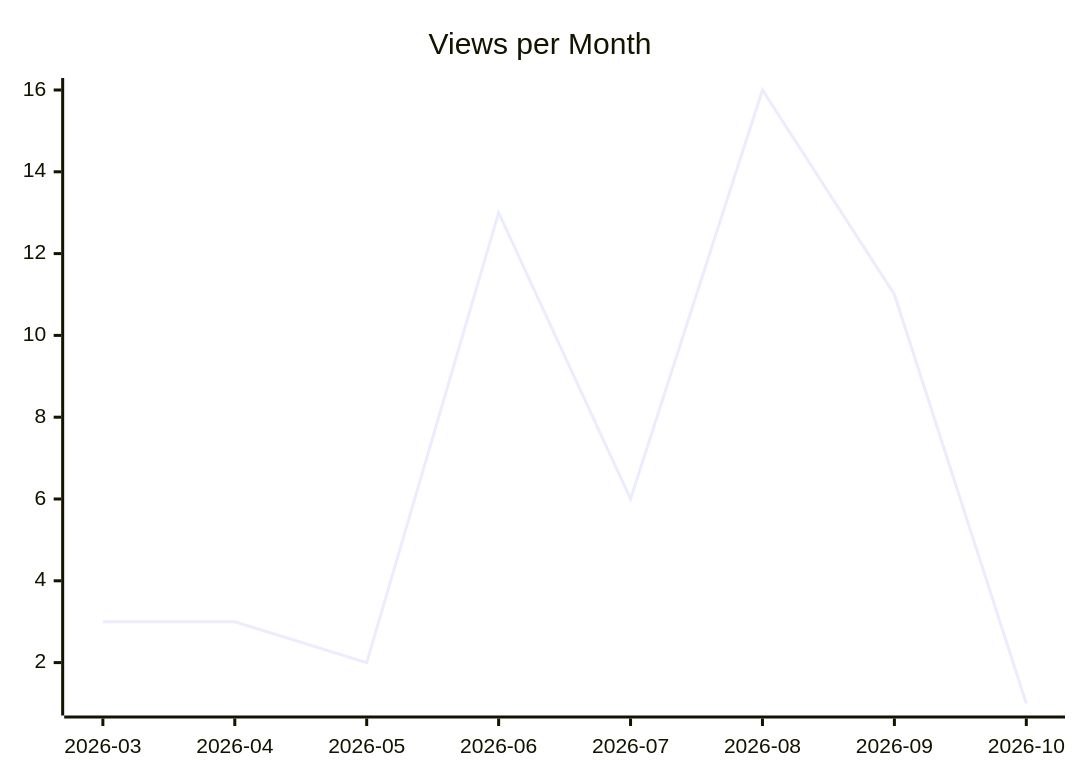
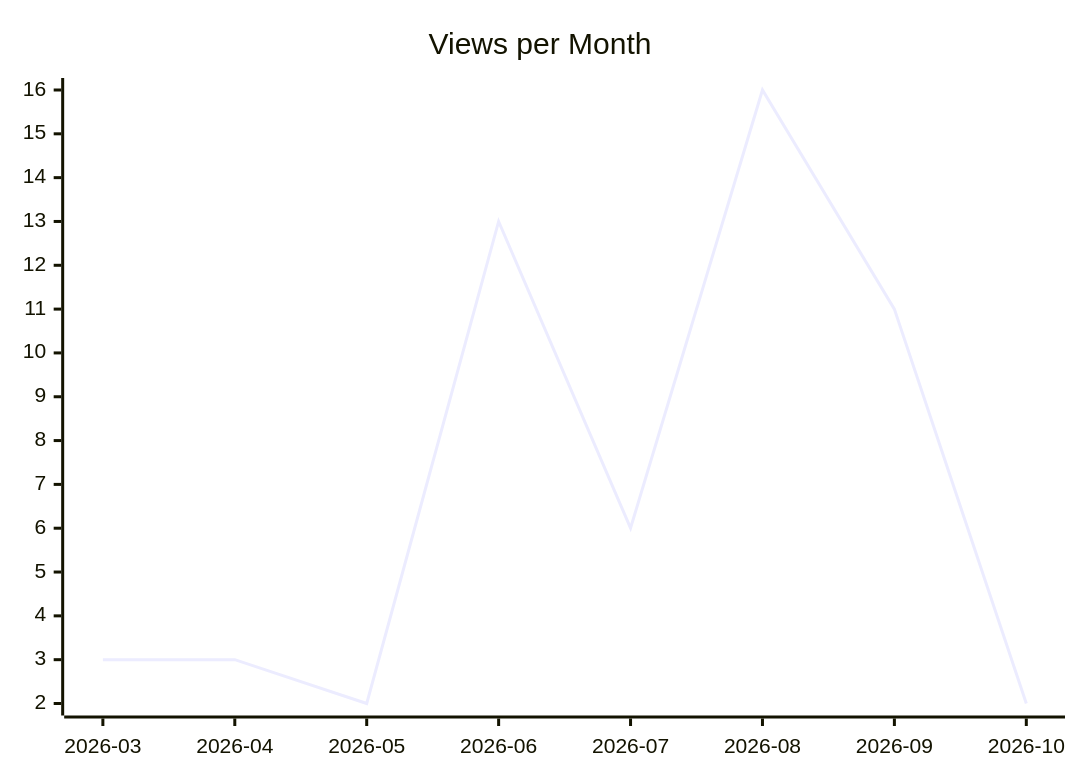
One commit to justdavis-family/github-analytics-data changed the second of 3 diagrams in karlmdavis/rps-tourney/README.md. Above: the diagram before and after it, drawn with Mermaid. The commit also changed other lines of this file and 200 other files, not shown here.

````diff
--- a/karlmdavis/rps-tourney/README.md
+++ b/karlmdavis/rps-tourney/README.md
@@ -12,6 +12,6 @@
 ```mermaid
 xychart-beta
   title "Views per Month"
   x-axis ["2026-03", "2026-04", "2026-05", "2026-06", "2026-07", "2026-08", "2026-09", "2026-10"]
-  line [3, 3, 2, 13, 6, 16, 11, 1]
+  line [3, 3, 2, 13, 6, 16, 11, 2]
 ```
````
